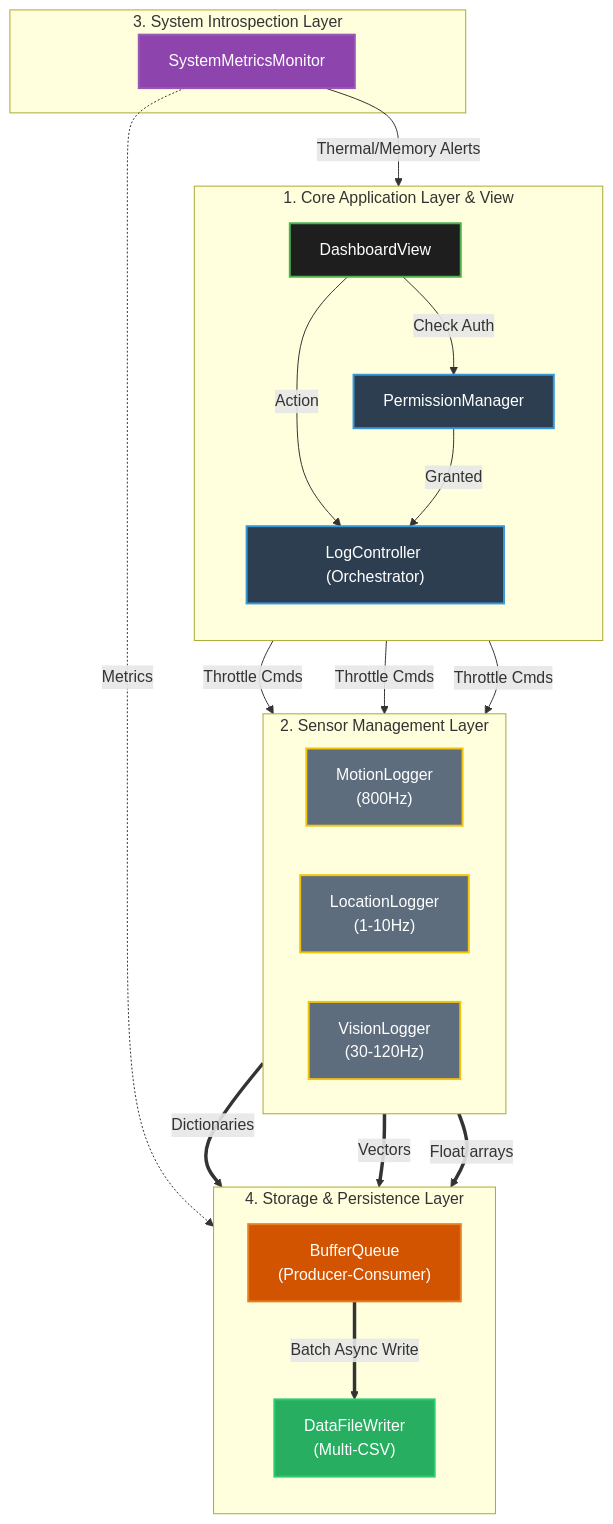
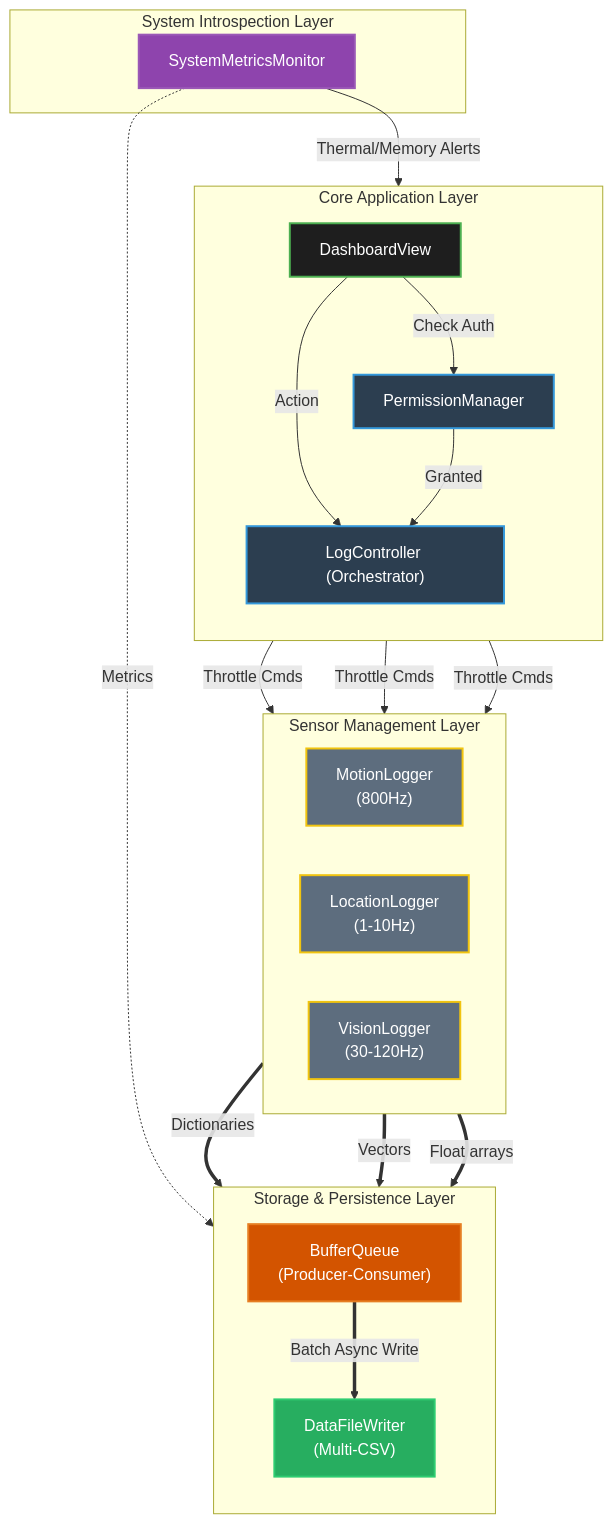
One commit to neomakes/iphonelogger changed the diagram in README.md. Above: the diagram before and after it, drawn with Mermaid. The commit also changed other lines of this file and 6 other files, not shown here.

````diff
--- a/README.md
+++ b/README.md
@@ -91,51 +63,46 @@
 ```mermaid
 flowchart TB
-    %% Layer Styling
     classDef ui fill:#1E1E1E,stroke:#4CAF50,stroke-width:2px,color:#fff
     classDef core fill:#2C3E50,stroke:#3498DB,stroke-width:2px,color:#fff
     classDef sensor fill:#5D6D7E,stroke:#F1C40F,stroke-width:2px,color:#fff
     classDef buffer fill:#D35400,stroke:#E67E22,stroke-width:2px,color:#fff
     classDef storage fill:#27AE60,stroke:#2ECC71,stroke-width:2px,color:#fff
     classDef system fill:#8E44AD,stroke:#9B59B6,stroke-width:2px,color:#fff
 
-    subgraph Layer1 [1. Core Application Layer & View]
+    subgraph Layer1 [Core Application Layer]
         direction TB
         UI[DashboardView]:::ui
         PermManager[PermissionManager]:::core
         LogCtrl["LogController (Orchestrator)"]:::core
-
         UI -- "Action" --> LogCtrl
         UI -- "Check Auth" --> PermManager
         PermManager -- "Granted" --> LogCtrl
     end
 
-    subgraph Layer3 [3. System Introspection Layer]
+    subgraph Layer3 [System Introspection Layer]
         SysMonitor[SystemMetricsMonitor]:::system
         SysMonitor -- "Thermal/Memory Alerts" --> LogCtrl
     end
 
-    subgraph Layer2 [2. Sensor Management Layer]
+    subgraph Layer2 [Sensor Management Layer]
         direction LR
         Motion["MotionLogger\n(800Hz)"]:::sensor
         Location["LocationLogger\n(1-10Hz)"]:::sensor
         Vision["VisionLogger\n(30-120Hz)"]:::sensor
-
         LogCtrl -- "Throttle Cmds" --> Motion
         LogCtrl -- "Throttle Cmds" --> Location
         LogCtrl -- "Throttle Cmds" --> Vision
     end
 
-    subgraph Layer4 [4. Storage & Persistence Layer]
+    subgraph Layer4 [Storage & Persistence Layer]
         direction TB
         Buffer["BufferQueue\n(Producer-Consumer)"]:::buffer
         Writer["DataFileWriter\n(Multi-CSV)"]:::storage
-
         Buffer == "Batch Async Write" ==> Writer
     end
 
-    %% High-bandwidth streams bypassing UI directly to Buffer
     Motion == "Dictionaries" ==> Buffer
     Location == "Vectors" ==> Buffer
     Vision == "Float arrays" ==> Buffer
     SysMonitor -. "Metrics" .-> Buffer
 ```
````
